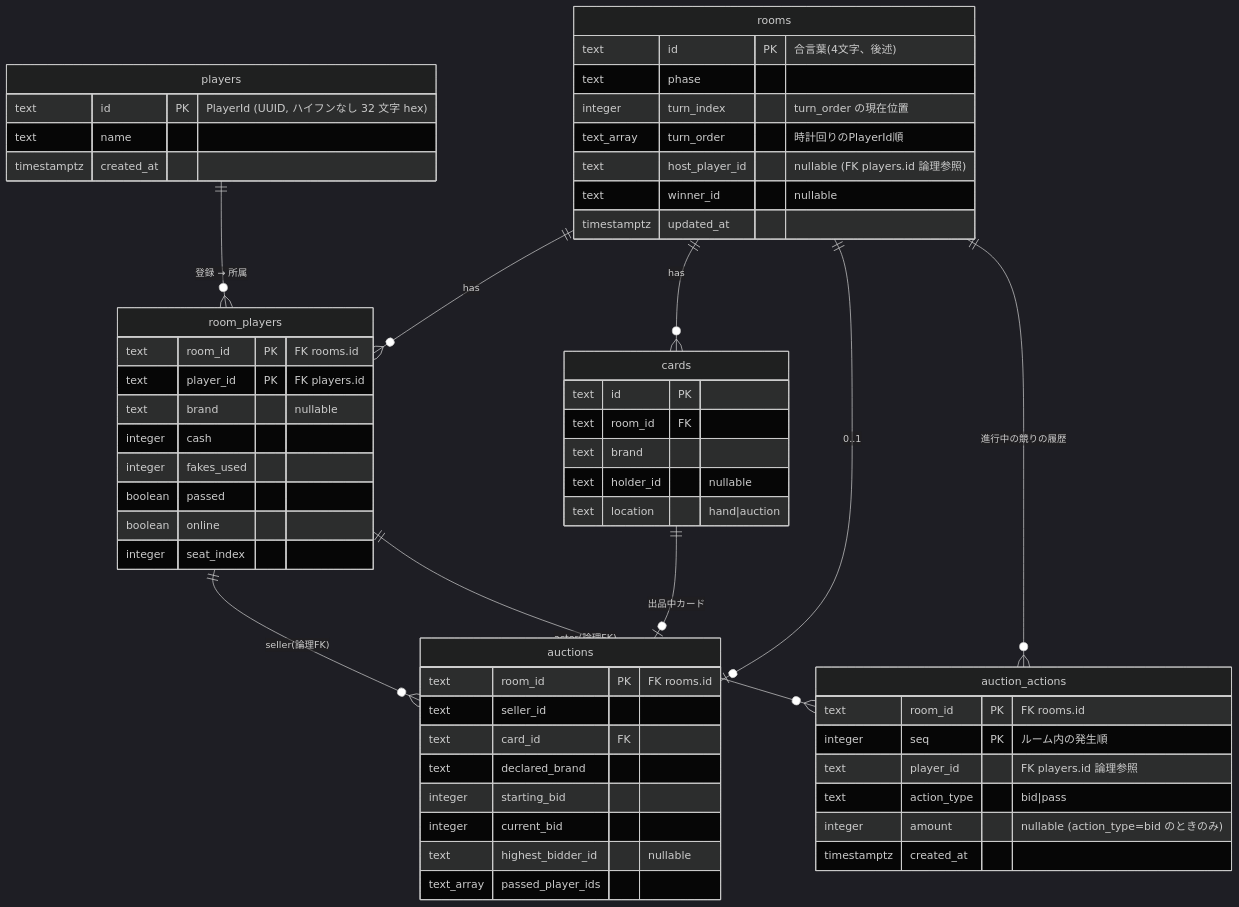
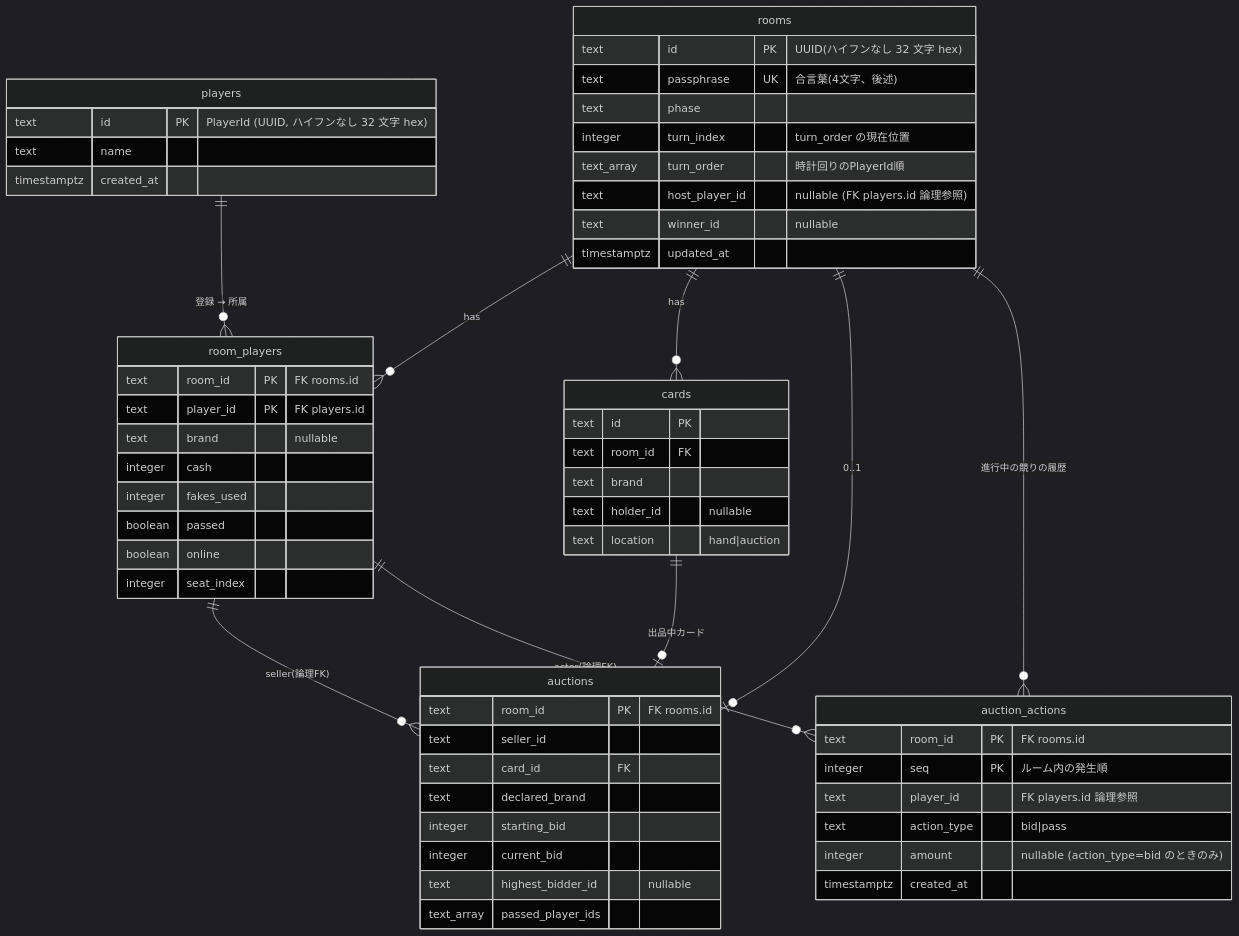
Before and after one commit to calm1205/bluff-auction: the diagram in docs/design/02_data_model.md, drawn with Mermaid (dark theme).

Commit message:
chore: auto-commit by Claude Code

````diff
--- a/docs/design/02_data_model.md
+++ b/docs/design/02_data_model.md
@@ -7,61 +7,62 @@
 ```mermaid
 erDiagram
     players ||--o{ room_players : "登録 → 所属"
     rooms ||--o{ room_players : has
     rooms ||--o{ cards : has
     rooms ||--o| auctions : "0..1"
     rooms ||--o{ auction_actions : "進行中の競りの履歴"
     cards ||--o| auctions : "出品中カード"
     room_players ||--o{ auctions : "seller(論理FK)"
     room_players ||--o{ auction_actions : "actor(論理FK)"
 
     rooms {
-        text id PK "合言葉(4文字、後述)"
+        text id PK "UUID(ハイフンなし 32 文字 hex)"
+        text passphrase UK "合言葉(4文字、後述)"
         text phase
         integer turn_index "turn_order の現在位置"
         text_array turn_order "時計回りのPlayerId順"
         text host_player_id "nullable (FK players.id 論理参照)"
         text winner_id "nullable"
         timestamptz updated_at
     }
     players {
         text id PK "PlayerId (UUID, ハイフンなし 32 文字 hex)"
         text name
         timestamptz created_at
     }
     room_players {
         text room_id PK "FK rooms.id"
         text player_id PK "FK players.id"
         text brand "nullable"
         integer cash
         integer fakes_used
         boolean passed
         boolean online
         integer seat_index
     }
     cards {
         text id PK
         text room_id FK
         text brand
         text holder_id "nullable"
         text location "hand|auction"
     }
     auctions {
         text room_id PK "FK rooms.id"
         text seller_id
         text card_id FK
         text declared_brand
         integer starting_bid
         integer current_bid
         text highest_bidder_id "nullable"
         text_array passed_player_ids
     }
     auction_actions {
         text room_id PK "FK rooms.id"
         integer seq PK "ルーム内の発生順"
         text player_id "FK players.id 論理参照"
         text action_type "bid|pass"
         integer amount "nullable (action_type=bid のときのみ)"
         timestamptz created_at
     }
 ```
````
